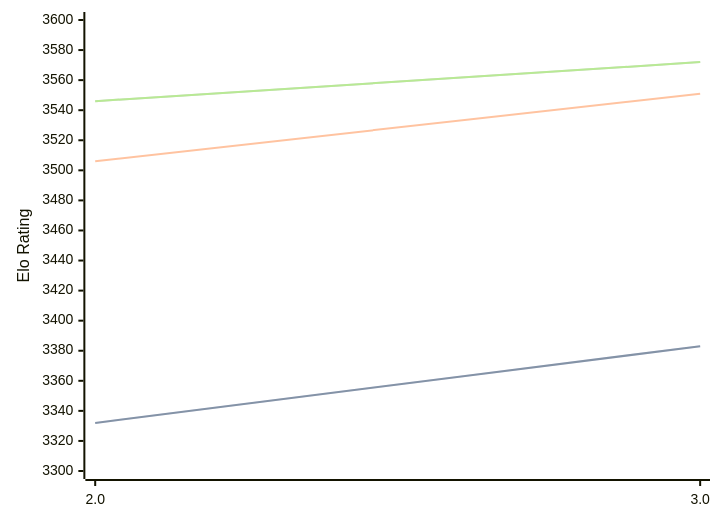
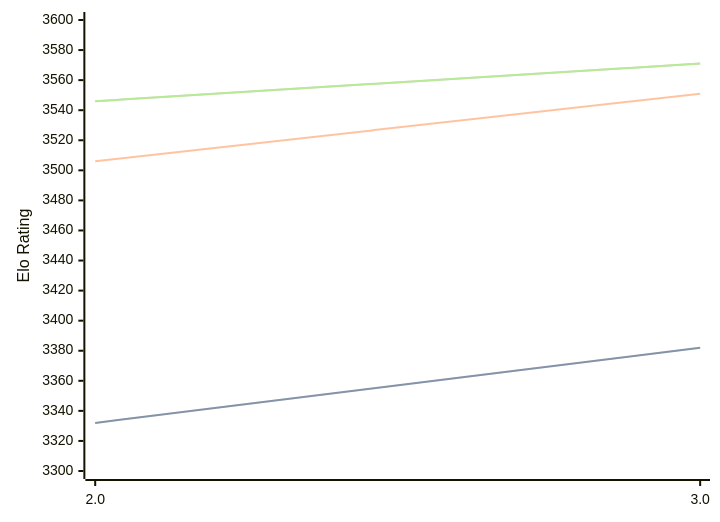
The diagram in engines/Quanticade.md (computer-chess-index/cci), drawn with Mermaid before and after one commit. The commit also changed other lines of this file, not shown here.

Commit message:
Update CCI Ratings (ELO VLTC) - 2026-03-17

````diff
--- a/engines/Quanticade.md
+++ b/engines/Quanticade.md
@@ -39,11 +39,11 @@
 ```mermaid
 %%{init: {"theme":"base","themeVariables":{"seriesColors:['#a3a3a3','#222221','#faa371']}}}%%
 xychart-beta
   x-axis ["2.0", "3.0"]
   y-axis "Elo Rating" 3300 --> 3600
-  line "STC (8.0+0.08s)" [3332, 3383]
-  line "STC (8.0+0.08s)" [3332, 3383]
+  line "STC (8.0+0.08s)" [3332, 3382]
+  line "STC (8.0+0.08s)" [3332, 3382]
   line "LTC (60.0+0.60s)" [3506, 3551]
-  line "VLTC (2m24s+1.12s)" [3546, 3572]
-  line "VLTC (2m24s+1.12s)" [3546, 3572]
+  line "VLTC (2m24s+1.12s)" [3546, 3571]
+  line "VLTC (2m24s+1.12s)" [3546, 3571]
 ```
````
